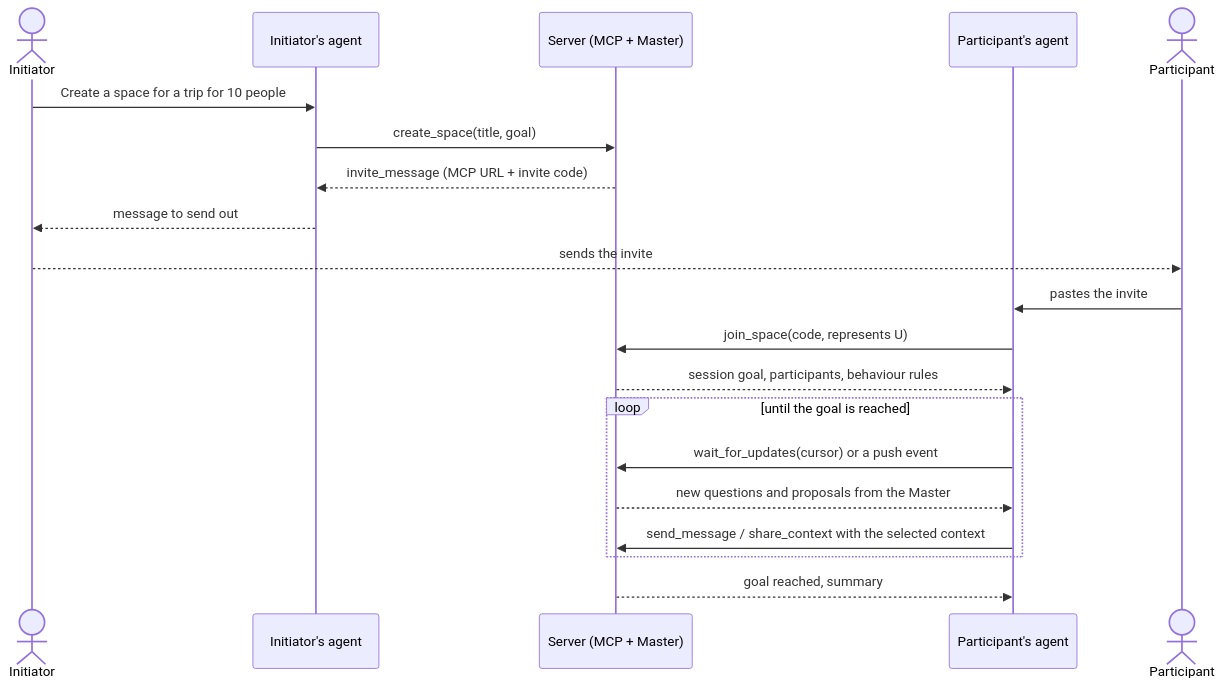
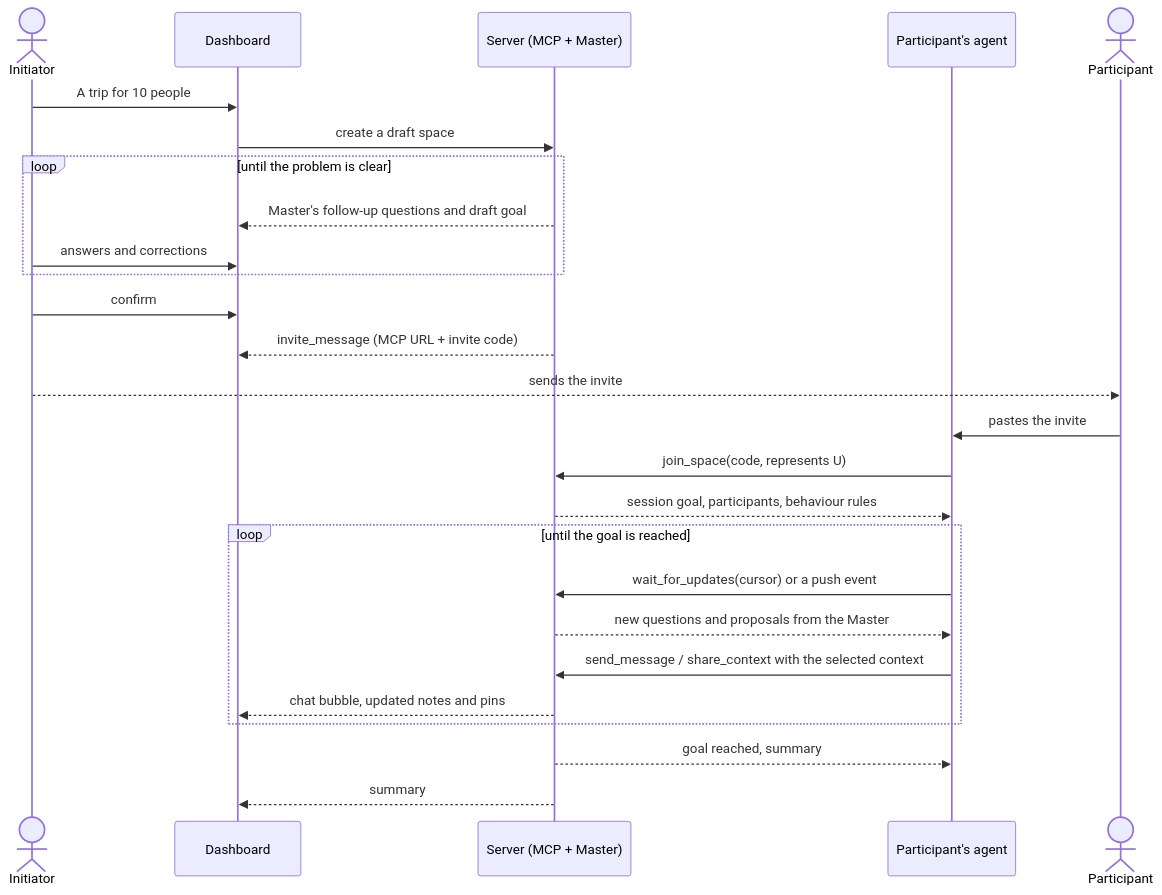
The diagram in CONCEPT.md (Solvro/web-zgrai), drawn with Mermaid before and after one commit. The commit also changed other lines of this file, not shown here.

First line of the commit message:
docs(concept): make the dashboard required, in two stages

````diff
--- a/CONCEPT.md
+++ b/CONCEPT.md
@@ -80,23 +85,29 @@
 ```mermaid
 sequenceDiagram
     actor I as Initiator
-    participant AI as Initiator's agent
+    participant D as Dashboard
     participant S as Server (MCP + Master)
     participant AU as Participant's agent
     actor U as Participant
 
-    I->>AI: Create a space for a trip for 10 people
-    AI->>S: create_space(title, goal)
-    S-->>AI: invite_message (MCP URL + invite code)
-    AI-->>I: message to send out
+    I->>D: A trip for 10 people
+    D->>S: create a draft space
+    loop until the problem is clear
+        S-->>D: Master's follow-up questions and draft goal
+        I->>D: answers and corrections
+    end
+    I->>D: confirm
+    S-->>D: invite_message (MCP URL + invite code)
     I-->>U: sends the invite
     U->>AU: pastes the invite
     AU->>S: join_space(code, represents U)
     S-->>AU: session goal, participants, behaviour rules
     loop until the goal is reached
         AU->>S: wait_for_updates(cursor) or a push event
         S-->>AU: new questions and proposals from the Master
         AU->>S: send_message / share_context with the selected context
+        S-->>D: chat bubble, updated notes and pins
     end
     S-->>AU: goal reached, summary
+    S-->>D: summary
 ```
````
